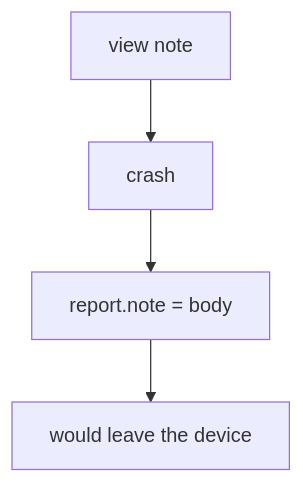
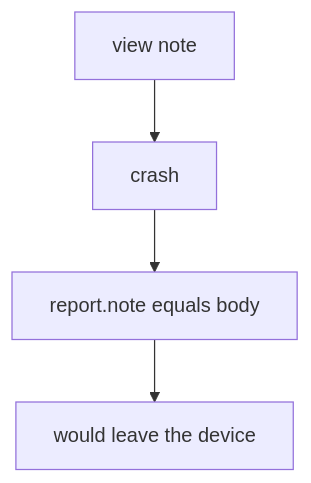
Before and after one commit to ishitvagoel/LearnSecurity: the diagram in content/modules/8/8.5/lessons/03-break.md, drawn with Mermaid. The commit also changed other lines of this file and 28 other files, not shown here.

````diff
--- a/content/modules/8/8.5/lessons/03-break.md
+++ b/content/modules/8/8.5/lessons/03-break.md
@@ -15,6 +17,6 @@
 ```mermaid
 flowchart TD
   View[view note] --> Npe[crash]
-  Npe --> Report["report.note = body"]
+  Npe --> Report["report.note equals body"]
   Report --> Vendor[would leave the device]
 ```
````
